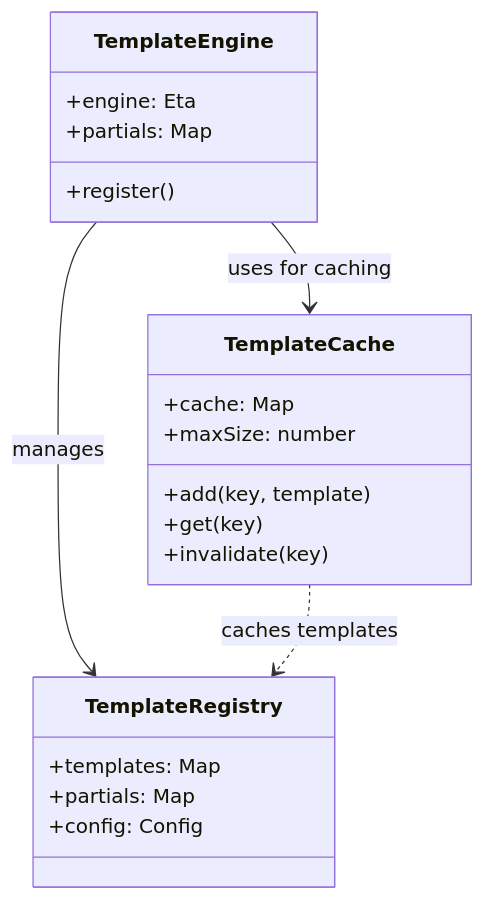
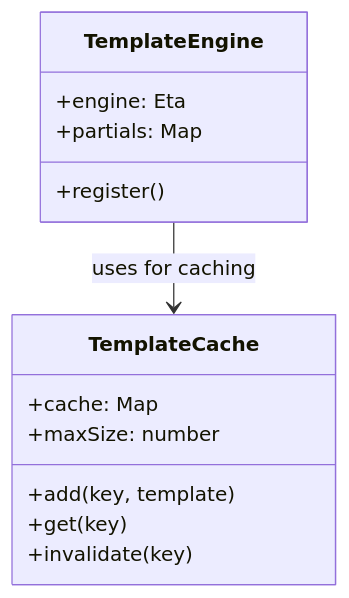
Before and after one commit to daredoes/linked-lovelace-ui: diagram 14 of 22 in docs_site/api-evolution.md, drawn with Mermaid. The commit also changed other lines of this file and 1 other file, not shown here.

First line of the commit message:
Fix Mermaid diagram syntax errors in documentation

````diff
--- a/docs_site/api-evolution.md
+++ b/docs_site/api-evolution.md
@@ -404,26 +345,18 @@
 ```mermaid
 classDiagram
     class TemplateCache {
         +cache: Map
         +maxSize: number
         +add(key, template)
         +get(key)
         +invalidate(key)
     }
     
     class TemplateEngine {
         +engine: Eta
         +partials: Map
         +register()
     }
     
-    class TemplateRegistry {
-        +templates: Map
-        +partials: Map
-        +config: Config
-    }
-    
     TemplateEngine --> TemplateCache : uses for caching
-    TemplateEngine --> TemplateRegistry : manages
-    TemplateCache ..> TemplateRegistry : caches templates
 ```
````
